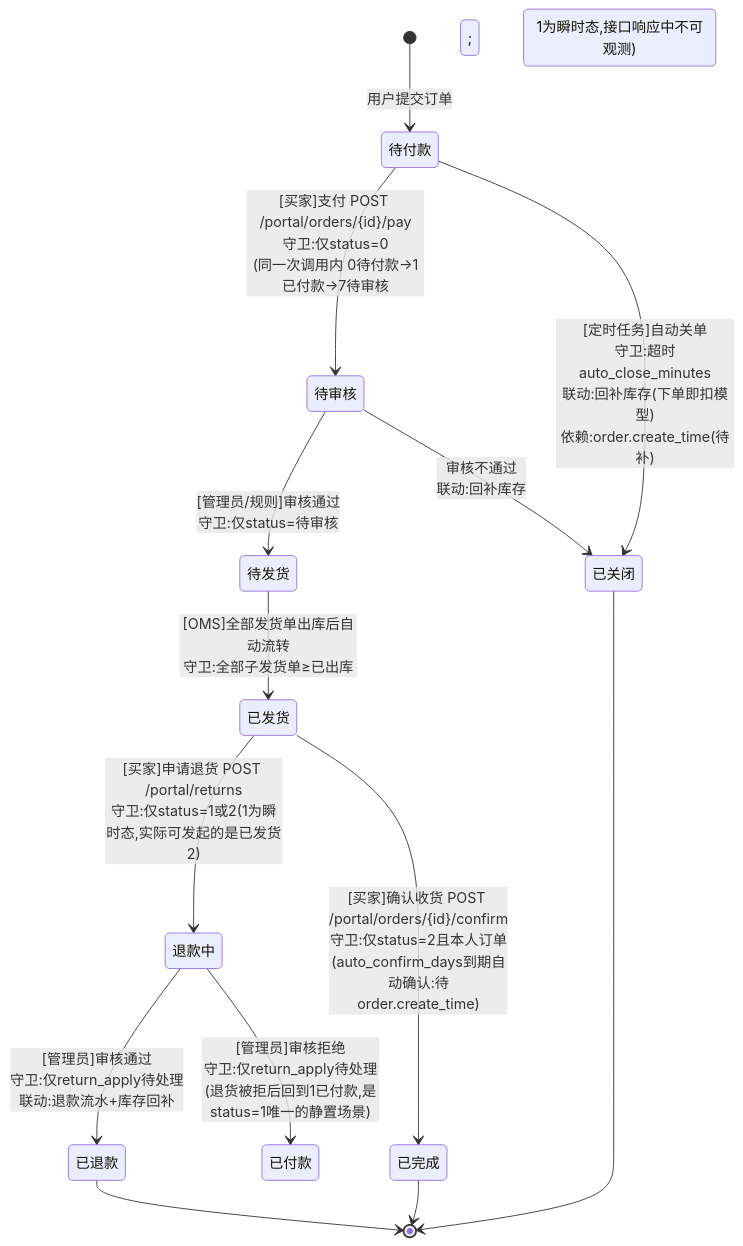
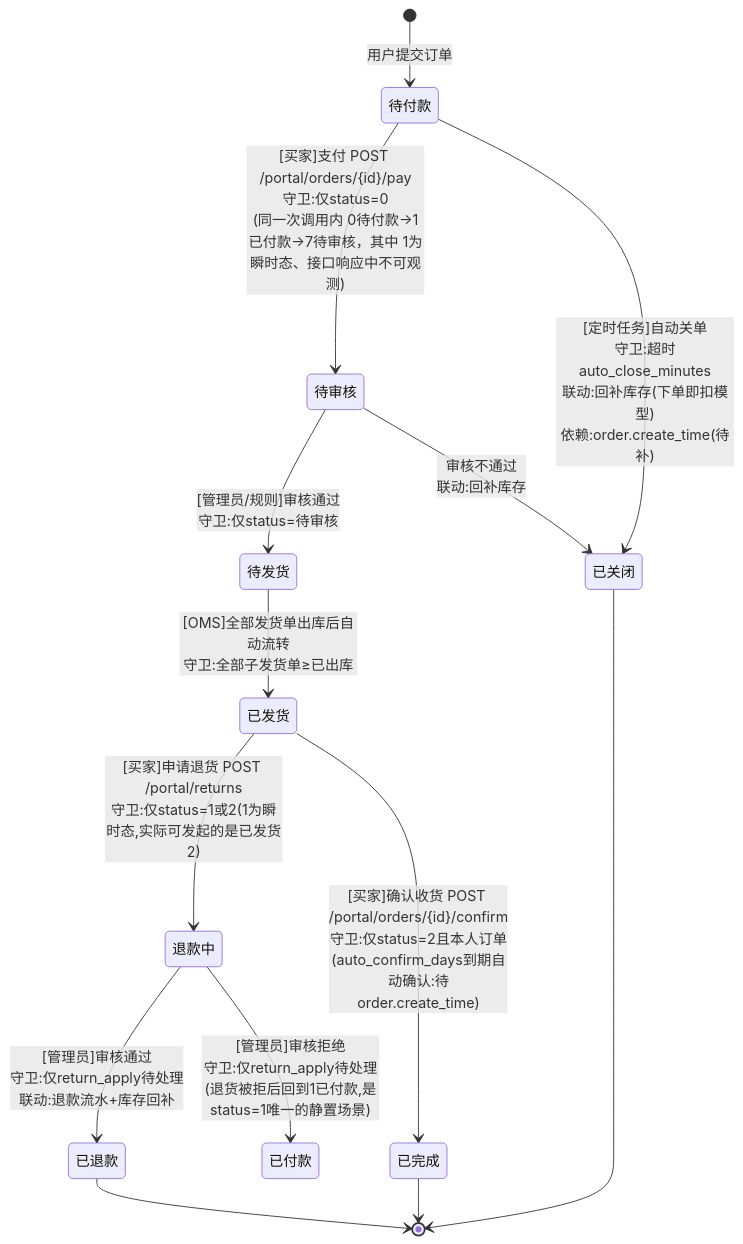
The diagram in docs/flows/04-状态机与修复/1-订单状态图.mmd (zzy-repo/qiqi-mall), drawn with Mermaid before and after one commit. The commit also changed 1 other file, not shown here.

Commit message:
docs: 修正状态图标签分号导致的渲染幽灵节点（mermaid stateDiagram 用 ; 分句）

```diff
--- a/docs/flows/04-状态机与修复/1-订单状态图.mmd
+++ b/docs/flows/04-状态机与修复/1-订单状态图.mmd
@@ -1,14 +1,14 @@
 stateDiagram-v2
     [*] --> 待付款 : 用户提交订单
-    待付款 --> 待审核 : [买家]支付 POST /portal/orders/{id}/pay<br/>守卫:仅status=0<br/>(同一次调用内 0待付款→1已付款→7待审核; 1为瞬时态,接口响应中不可观测)
+    待付款 --> 待审核 : [买家]支付 POST /portal/orders/{id}/pay<br/>守卫:仅status=0<br/>(同一次调用内 0待付款→1已付款→7待审核，其中 1为瞬时态、接口响应中不可观测)
     待付款 --> 已关闭 : [定时任务]自动关单<br/>守卫:超时auto_close_minutes<br/>联动:回补库存(下单即扣模型)<br/>依赖:order.create_time(待补)
     待审核 --> 待发货 : [管理员/规则]审核通过<br/>守卫:仅status=待审核
     待审核 --> 已关闭 : 审核不通过<br/>联动:回补库存
     待发货 --> 已发货 : [OMS]全部发货单出库后自动流转<br/>守卫:全部子发货单≥已出库
     已发货 --> 退款中 : [买家]申请退货 POST /portal/returns<br/>守卫:仅status=1或2(1为瞬时态,实际可发起的是已发货2)
     已发货 --> 已完成 : [买家]确认收货 POST /portal/orders/{id}/confirm<br/>守卫:仅status=2且本人订单<br/>(auto_confirm_days到期自动确认:待order.create_time)
     已完成 --> [*]
     已关闭 --> [*]
     退款中 --> 已退款 : [管理员]审核通过<br/>守卫:仅return_apply待处理<br/>联动:退款流水+库存回补
     退款中 --> 已付款 : [管理员]审核拒绝<br/>守卫:仅return_apply待处理<br/>(退货被拒后回到1已付款,是status=1唯一的静置场景)
     已退款 --> [*]
```
